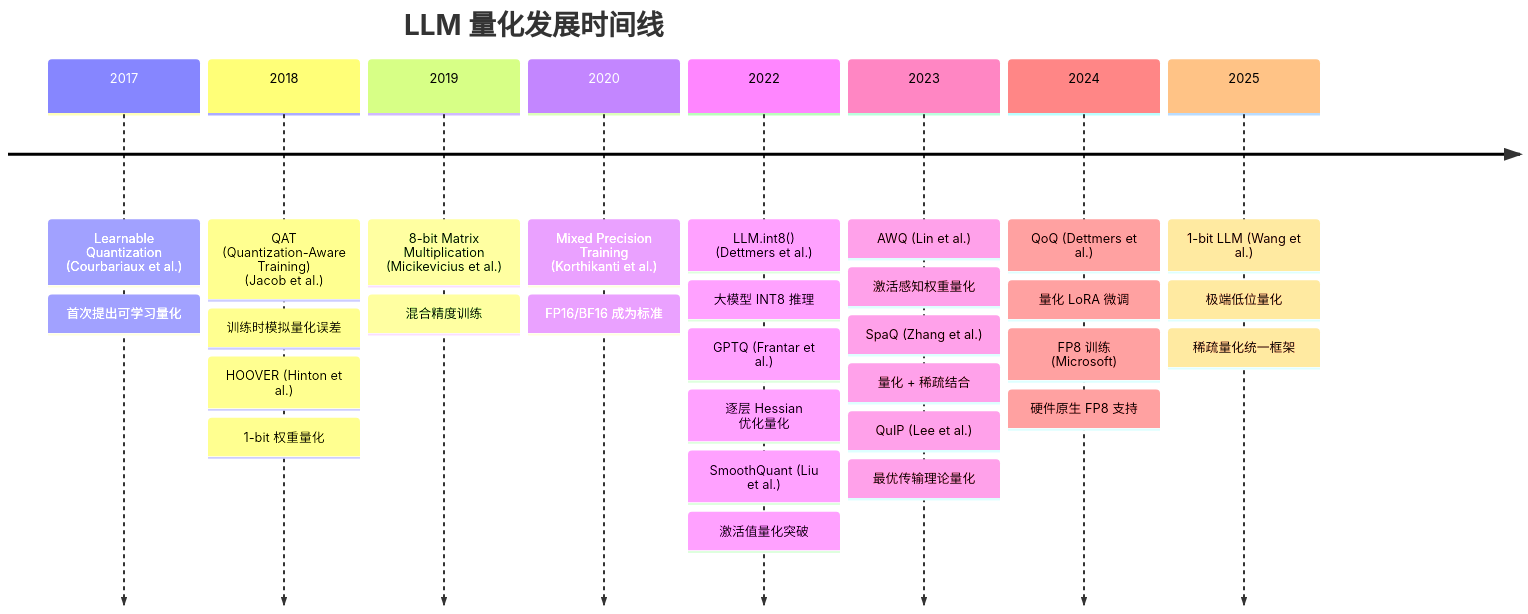
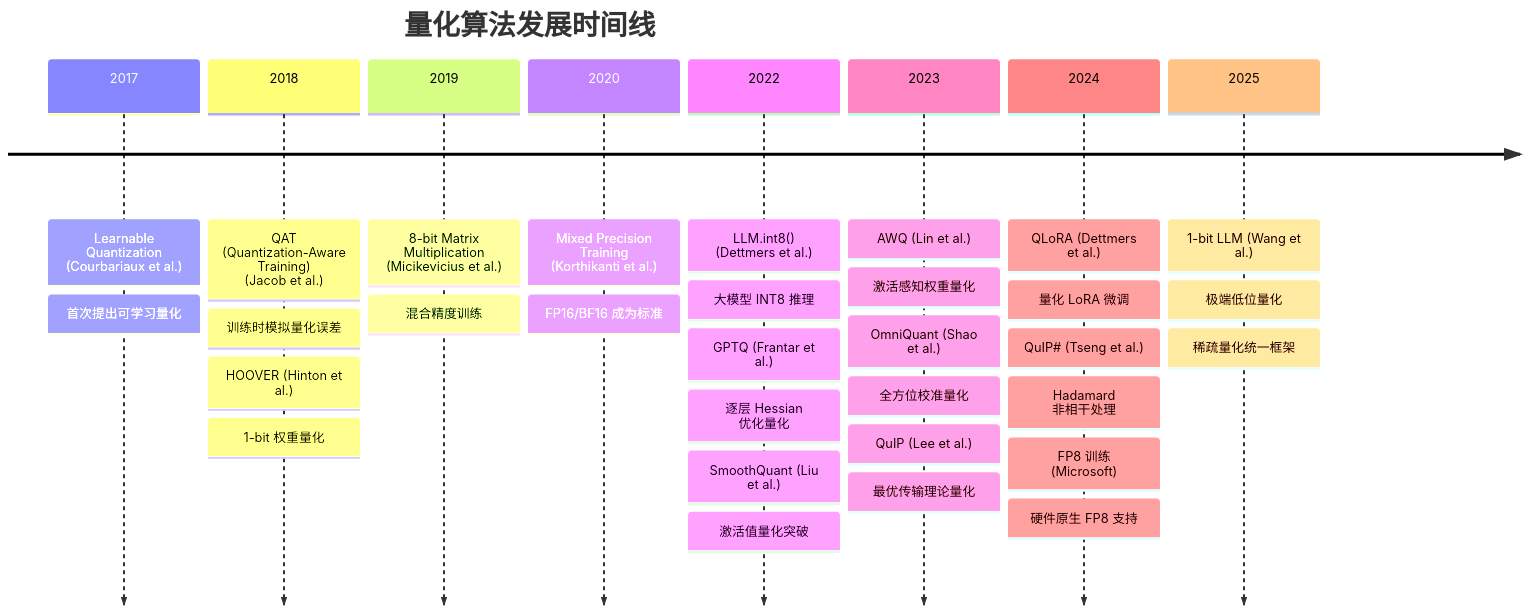
One commit to LudovicoYIN/blog changed the first of 8 diagrams in src/content/posts/llm-quantization-algorithms-history.md. Above: the diagram before and after it, drawn with Mermaid. The commit also changed other lines of this file and 3 other files, not shown here.

````diff
--- a/src/content/posts/llm-quantization-algorithms-history.md
+++ b/src/content/posts/llm-quantization-algorithms-history.md
@@ -39,33 +42,35 @@
 ```mermaid
 timeline
-    title LLM 量化发展时间线
+    title 量化算法发展时间线
     2017 : Learnable Quantization<br>(Courbariaux et al.)
           : 首次提出可学习量化
     2018 : QAT (Quantization-Aware Training)<br>(Jacob et al.)
           : 训练时模拟量化误差
           : HOOVER (Hinton et al.)
           : 1-bit 权重量化
     2019 : 8-bit Matrix Multiplication<br>(Micikevicius et al.)
           : 混合精度训练
     2020 : Mixed Precision Training<br>(Korthikanti et al.)
           : FP16/BF16 成为标准
     2022 : LLM.int8() (Dettmers et al.)
           : 大模型 INT8 推理
           : GPTQ (Frantar et al.)
           : 逐层 Hessian 优化量化
           : SmoothQuant (Liu et al.)
           : 激活值量化突破
     2023 : AWQ (Lin et al.)
           : 激活感知权重量化
-          : SpaQ (Zhang et al.)
-          : 量化 + 稀疏结合
+          : OmniQuant (Shao et al.)
+          : 全方位校准量化
           : QuIP (Lee et al.)
           : 最优传输理论量化
-    2024 : QoQ (Dettmers et al.)
+    2024 : QLoRA (Dettmers et al.)
           : 量化 LoRA 微调
+          : QuIP# (Tseng et al.)
+          : Hadamard 非相干处理
           : FP8 训练 (Microsoft)
           : 硬件原生 FP8 支持
     2025 : 1-bit LLM (Wang et al.)
           : 极端低位量化
           : 稀疏量化统一框架
 ```
````
